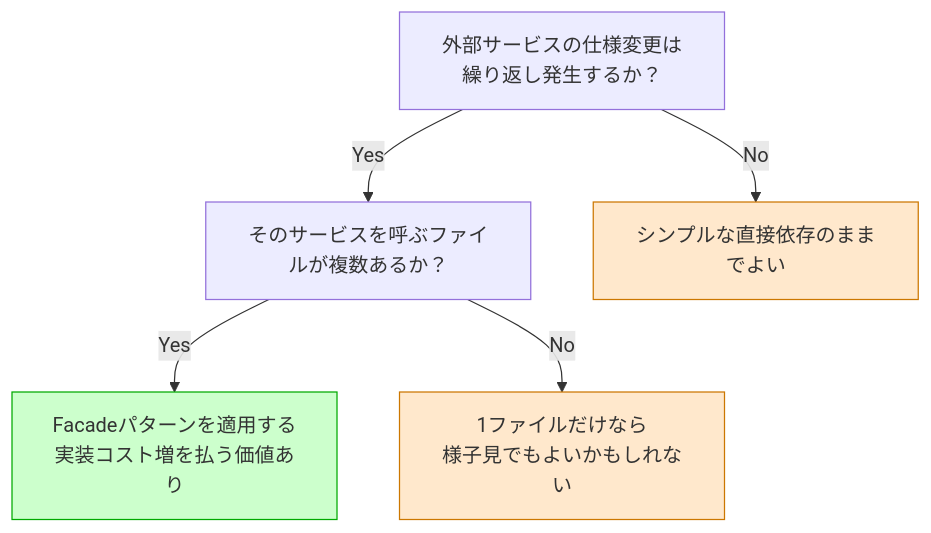
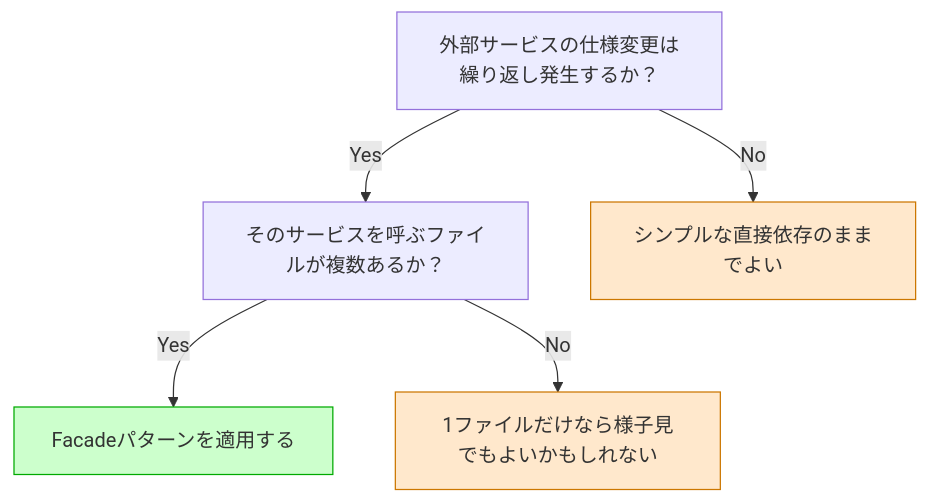
One commit to kumachan1101-pixel/DesignPattern changed the fifth of 6 diagrams in files/kindle/design-patterns/output/chapter02.md. Above: the diagram before and after it, drawn with Mermaid. The commit also changed other lines of this file, not shown here.

````diff
--- a/files/kindle/design-patterns/output/chapter02.md
+++ b/files/kindle/design-patterns/output/chapter02.md
@@ -619,12 +656,12 @@
 ```mermaid
 flowchart TD
     A[外部サービスの仕様変更は繰り返し発生するか？]
     A -->|Yes| B[そのサービスを呼ぶファイルが複数あるか？]
     A -->|No| G[シンプルな直接依存のままでよい]
-    B -->|Yes| C[Facadeパターンを適用する<br/>実装コスト増を払う価値あり]
-    B -->|No| D[1ファイルだけなら<br/>様子見でもよいかもしれない]
+    B -->|Yes| C[Facadeパターンを適用する]
+    B -->|No| D[1ファイルだけなら様子見でもよいかもしれない]
 
     style C fill:#ccffcc,stroke:#00aa00
     style G fill:#ffe8cc,stroke:#cc7700
     style D fill:#ffe8cc,stroke:#cc7700
 ```
````
